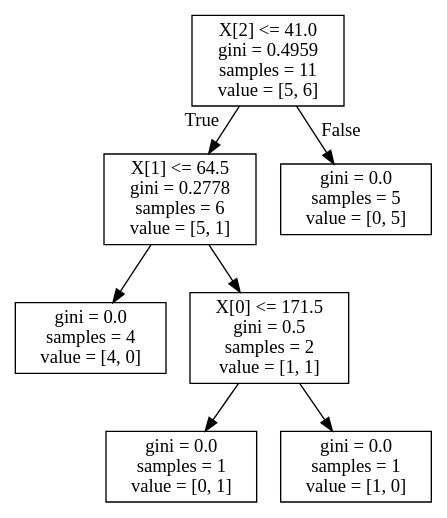
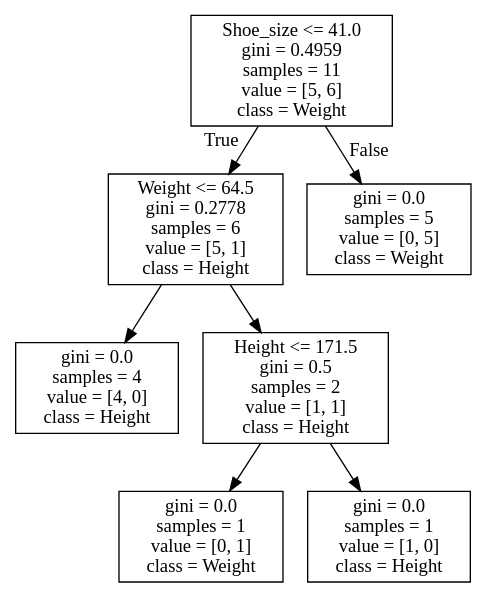
Before and after one commit to aclarkData/simple-machine-learning-examples: the diagram in very_simple_examples/tree.dot, drawn with Graphviz. The commit also changed 2 other files, not shown here.

```diff
--- a/very_simple_examples/tree.dot
+++ b/very_simple_examples/tree.dot
@@ -1,16 +1,16 @@
 digraph Tree {
 node [shape=box] ;
-0 [label="X[2] <= 41.0\ngini = 0.4959\nsamples = 11\nvalue = [5, 6]"] ;
-1 [label="X[1] <= 64.5\ngini = 0.2778\nsamples = 6\nvalue = [5, 1]"] ;
+0 [label="Shoe_size <= 41.0\ngini = 0.4959\nsamples = 11\nvalue = [5, 6]\nclass = Weight"] ;
+1 [label="Weight <= 64.5\ngini = 0.2778\nsamples = 6\nvalue = [5, 1]\nclass = Height"] ;
 0 -> 1 [labeldistance=2.5, labelangle=45, headlabel="True"] ;
-2 [label="gini = 0.0\nsamples = 4\nvalue = [4, 0]"] ;
+2 [label="gini = 0.0\nsamples = 4\nvalue = [4, 0]\nclass = Height"] ;
 1 -> 2 ;
-3 [label="X[0] <= 171.5\ngini = 0.5\nsamples = 2\nvalue = [1, 1]"] ;
+3 [label="Height <= 171.5\ngini = 0.5\nsamples = 2\nvalue = [1, 1]\nclass = Height"] ;
 1 -> 3 ;
-4 [label="gini = 0.0\nsamples = 1\nvalue = [0, 1]"] ;
+4 [label="gini = 0.0\nsamples = 1\nvalue = [0, 1]\nclass = Weight"] ;
 3 -> 4 ;
-5 [label="gini = 0.0\nsamples = 1\nvalue = [1, 0]"] ;
+5 [label="gini = 0.0\nsamples = 1\nvalue = [1, 0]\nclass = Height"] ;
 3 -> 5 ;
-6 [label="gini = 0.0\nsamples = 5\nvalue = [0, 5]"] ;
+6 [label="gini = 0.0\nsamples = 5\nvalue = [0, 5]\nclass = Weight"] ;
 0 -> 6 [labeldistance=2.5, labelangle=-45, headlabel="False"] ;
 }
```
